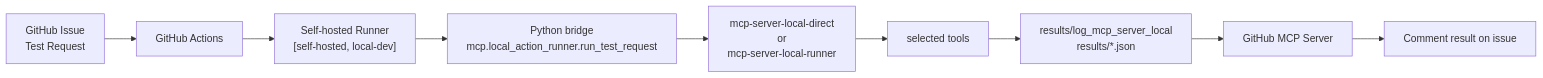
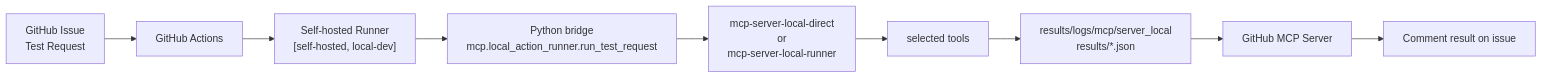
Before and after one commit to JeonghunLee/local-ai-agent-mcp: the second of 3 diagrams in docs/mcp/mcp_server_local.md, drawn with Mermaid. The commit also changed other lines of this file and 5 other files, not shown here.

````diff
--- a/docs/mcp/mcp_server_local.md
+++ b/docs/mcp/mcp_server_local.md
@@ -117,13 +115,11 @@
 ```mermaid
 flowchart LR
     A["GitHub Issue<br/>Test Request"] --> B["GitHub Actions"]
-
     B --> D["Self-hosted Runner<br/>[self-hosted, local-dev]"]
     D --> E["Python bridge<br/>mcp.local_action_runner.run_test_request"]
     E --> F["mcp-server-local-direct<br/>or<br/>mcp-server-local-runner"]
     F --> G["selected tools"]
-    G --> I["results/log_mcp_server_local<br/>results/*.json"]
-
+    G --> I["results/logs/mcp/server_local<br/>results/*.json"]
     I --> C["GitHub MCP Server"]
     C --> H["Comment result on issue"]
 ```
````
